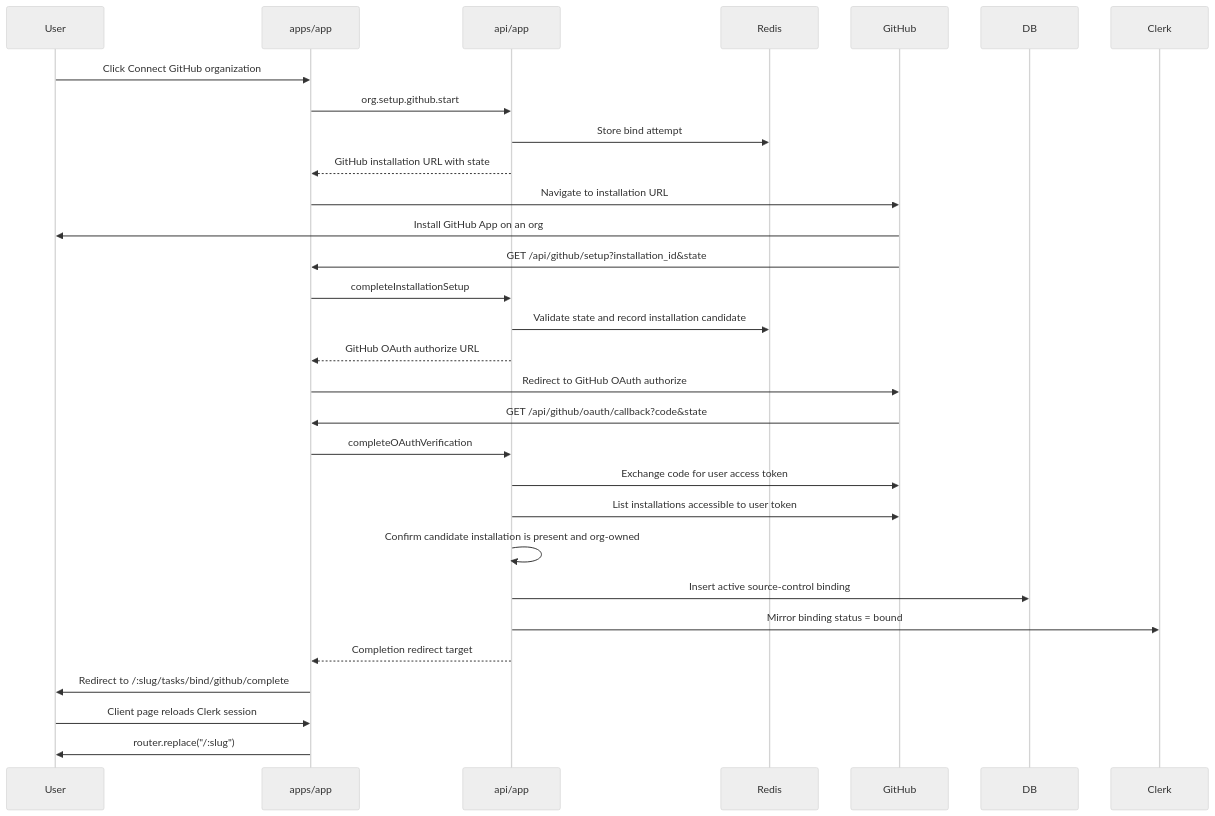
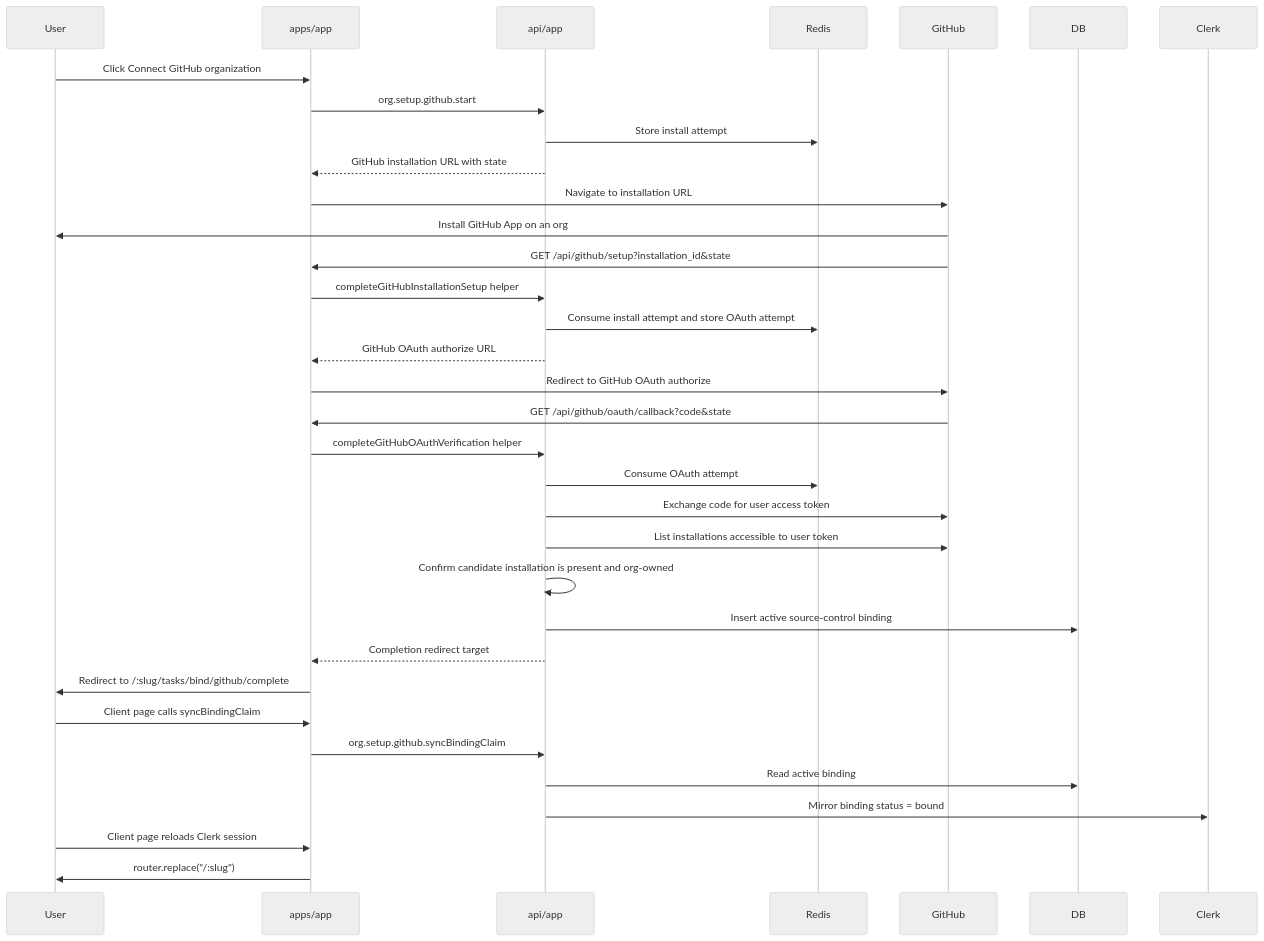
Before and after one commit to lightfastai/lightfast: the diagram in docs/superpowers/specs/2026-05-27-github-org-binding-design.md, drawn with Mermaid (neutral theme). The commit also changed other lines of this file, not shown here.

Commit message:
docs: refine github org binding architecture

````diff
--- a/docs/superpowers/specs/2026-05-27-github-org-binding-design.md
+++ b/docs/superpowers/specs/2026-05-27-github-org-binding-design.md
@@ -211,33 +275,37 @@
 ```mermaid
 sequenceDiagram
   participant U as User
   participant A as apps/app
   participant T as api/app
   participant R as Redis
   participant G as GitHub
   participant D as DB
   participant C as Clerk
 
   U->>A: Click Connect GitHub organization
   A->>T: org.setup.github.start
-  T->>R: Store bind attempt
+  T->>R: Store install attempt
   T-->>A: GitHub installation URL with state
   A->>G: Navigate to installation URL
   G->>U: Install GitHub App on an org
   G->>A: GET /api/github/setup?installation_id&state
-  A->>T: completeInstallationSetup
-  T->>R: Validate state and record installation candidate
+  A->>T: completeGitHubInstallationSetup helper
+  T->>R: Consume install attempt and store OAuth attempt
   T-->>A: GitHub OAuth authorize URL
   A->>G: Redirect to GitHub OAuth authorize
   G->>A: GET /api/github/oauth/callback?code&state
-  A->>T: completeOAuthVerification
+  A->>T: completeGitHubOAuthVerification helper
+  T->>R: Consume OAuth attempt
   T->>G: Exchange code for user access token
   T->>G: List installations accessible to user token
   T->>T: Confirm candidate installation is present and org-owned
   T->>D: Insert active source-control binding
-  T->>C: Mirror binding status = bound
   T-->>A: Completion redirect target
   A->>U: Redirect to /:slug/tasks/bind/github/complete
+  U->>A: Client page calls syncBindingClaim
+  A->>T: org.setup.github.syncBindingClaim
+  T->>D: Read active binding
+  T->>C: Mirror binding status = bound
   U->>A: Client page reloads Clerk session
   A->>U: router.replace("/:slug")
 ```
````
